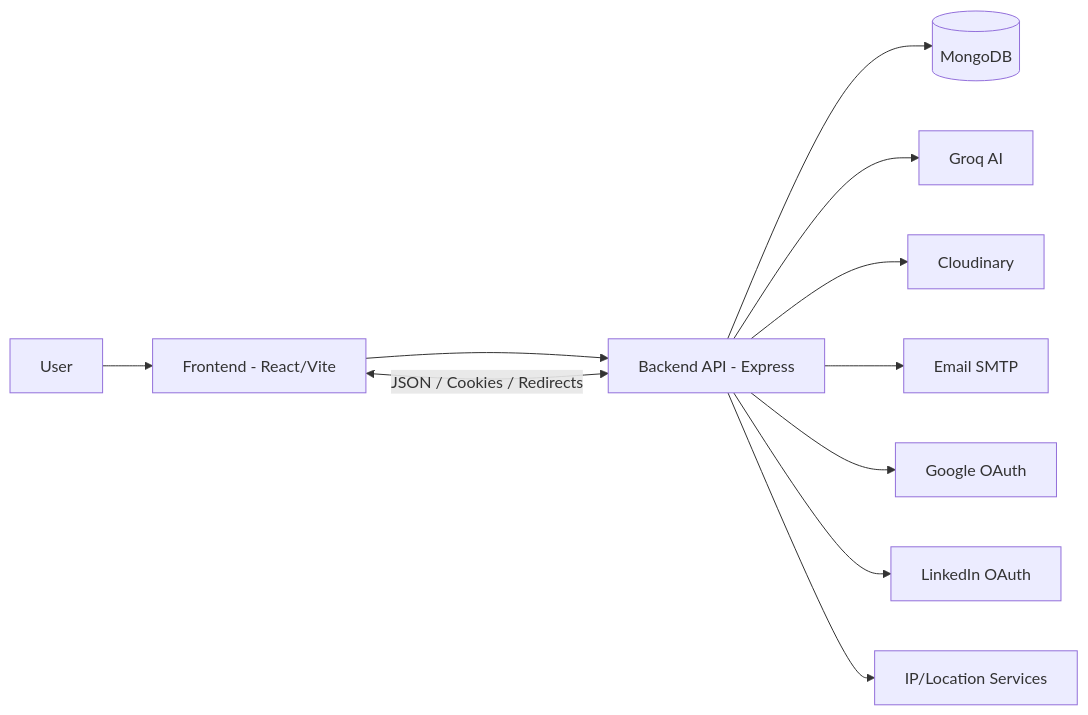
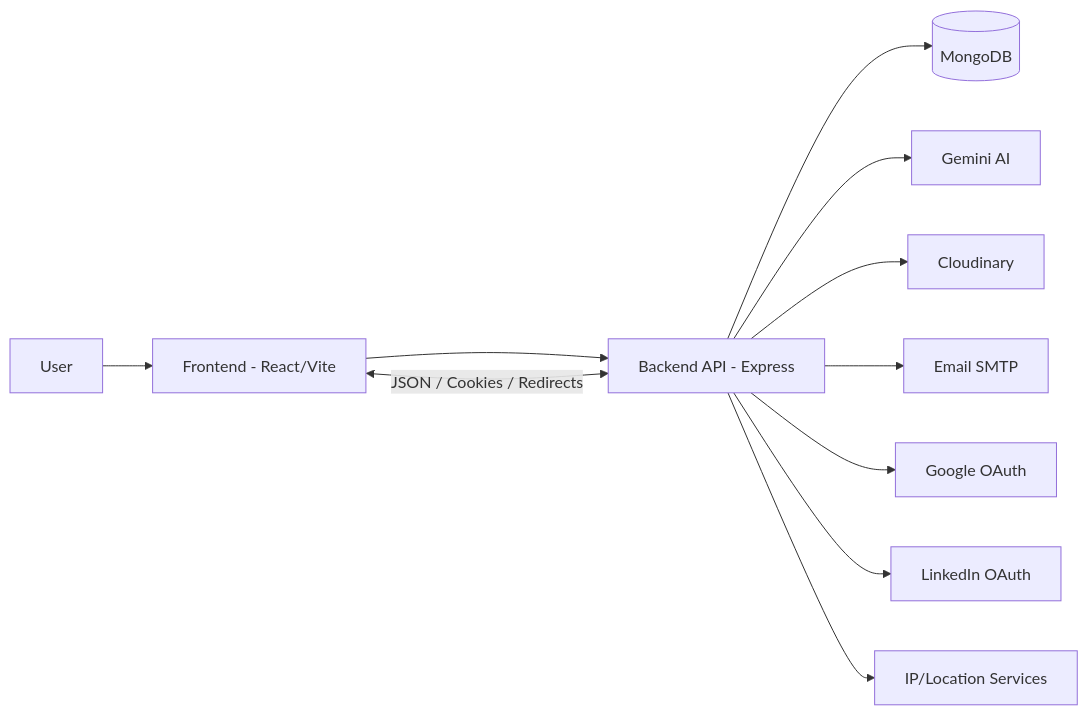
Before and after one commit to TusharSaini999/Resume-Saathi: the first of 2 diagrams in Databases/Data-Flow-Diagram.md, drawn with Mermaid. The commit also changed other lines of this file and 7 other files, not shown here.

````diff
--- a/Databases/Data-Flow-Diagram.md
+++ b/Databases/Data-Flow-Diagram.md
@@ -5,14 +5,14 @@
 ```mermaid
 flowchart LR
   U[User] --> FE[Frontend - React/Vite]
   FE --> API[Backend API - Express]
   API --> DB[(MongoDB)]
-  API --> AI[Groq AI]
+  API --> AI[Gemini AI]
   API --> CL[Cloudinary]
   API --> EM[Email SMTP]
   API --> GX[Google OAuth]
   API --> LX[LinkedIn OAuth]
   API --> IP[IP/Location Services]
 
   FE <-->|JSON / Cookies / Redirects| API
 ```
````
